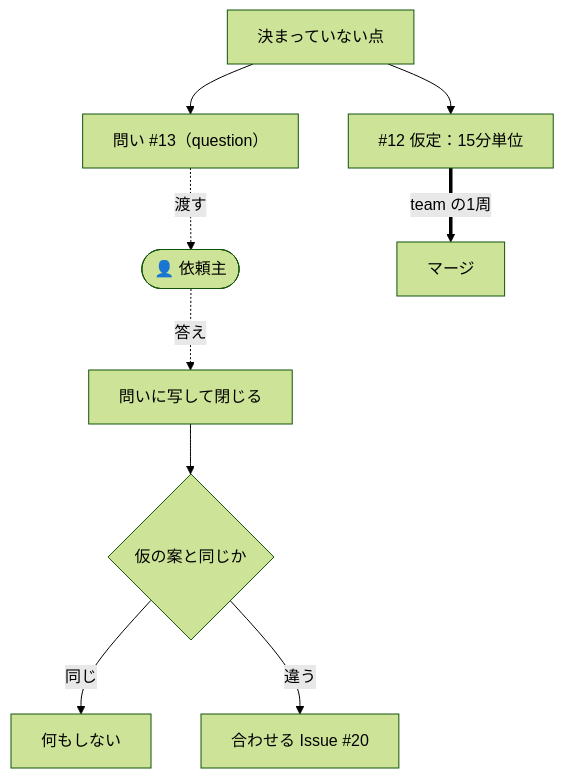
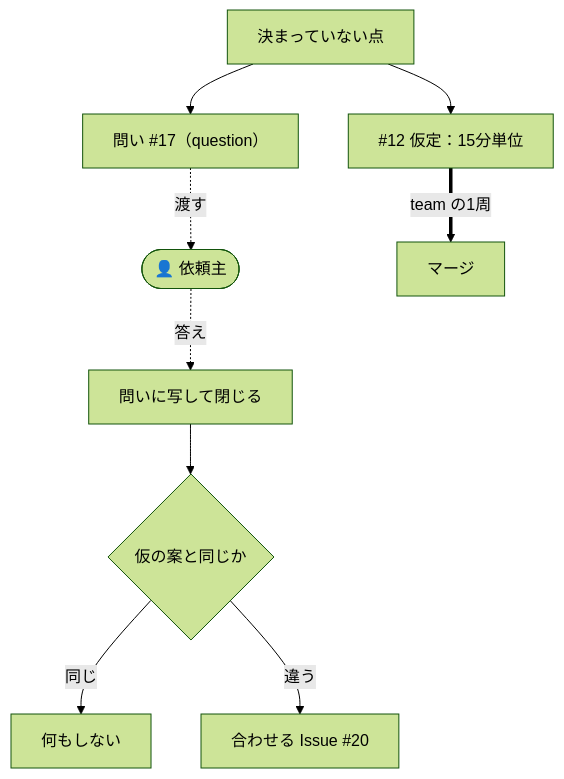
The diagram in docs/flows/client.md (yktsnet/sdlc-kit), drawn with Mermaid (forest theme) before and after one commit. The commit also changed other lines of this file and 13 other files, not shown here.

First line of the commit message:
Align docs with the solo/team/client flow split (#21)

````diff
--- a/docs/flows/client.md
+++ b/docs/flows/client.md
@@ -18,11 +18,11 @@
 ```mermaid
 flowchart TD
-    G[決まっていない点] --> Q["問い #13（question）"]
+    G[決まっていない点] --> Q["問い #17（question）"]
     G --> I["#12 仮定：15分単位"]
     Q -.->|渡す| CL(["👤 依頼主"])
     I ==>|team の1周| M[マージ]
     CL -.->|答え| R[問いに写して閉じる]
     R --> X{仮の案と同じか}
     X -->|同じ| N[何もしない]
     X -->|違う| J["合わせる Issue #20"]
 ```
````
